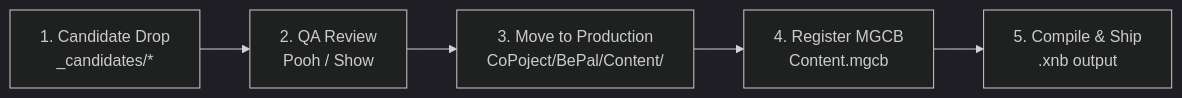
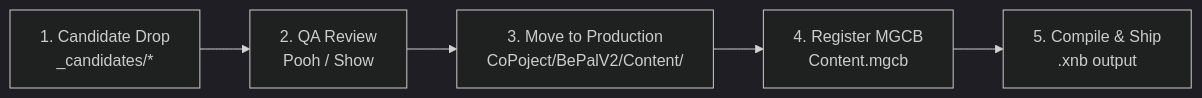
Before and after one commit to SShoww/Your-Story: the diagram in docs/02_Assets/_candidates/README.md, drawn with Mermaid (dark theme). The commit also changed other lines of this file and 12 other files, not shown here.

````diff
--- a/docs/02_Assets/_candidates/README.md
+++ b/docs/02_Assets/_candidates/README.md
@@ -55,7 +55,7 @@
 ```mermaid
 flowchart LR
     A[1. Candidate Drop\n_candidates/*] --> B[2. QA Review\nPooh / Show]
-    B --> C[3. Move to Production\nCoPoject/BePal/Content/]
+    B --> C[3. Move to Production\nCoPoject/BePalV2/Content/]
     C --> D[4. Register MGCB\nContent.mgcb]
     D --> E[5. Compile & Ship\n.xnb output]
 ```
````
